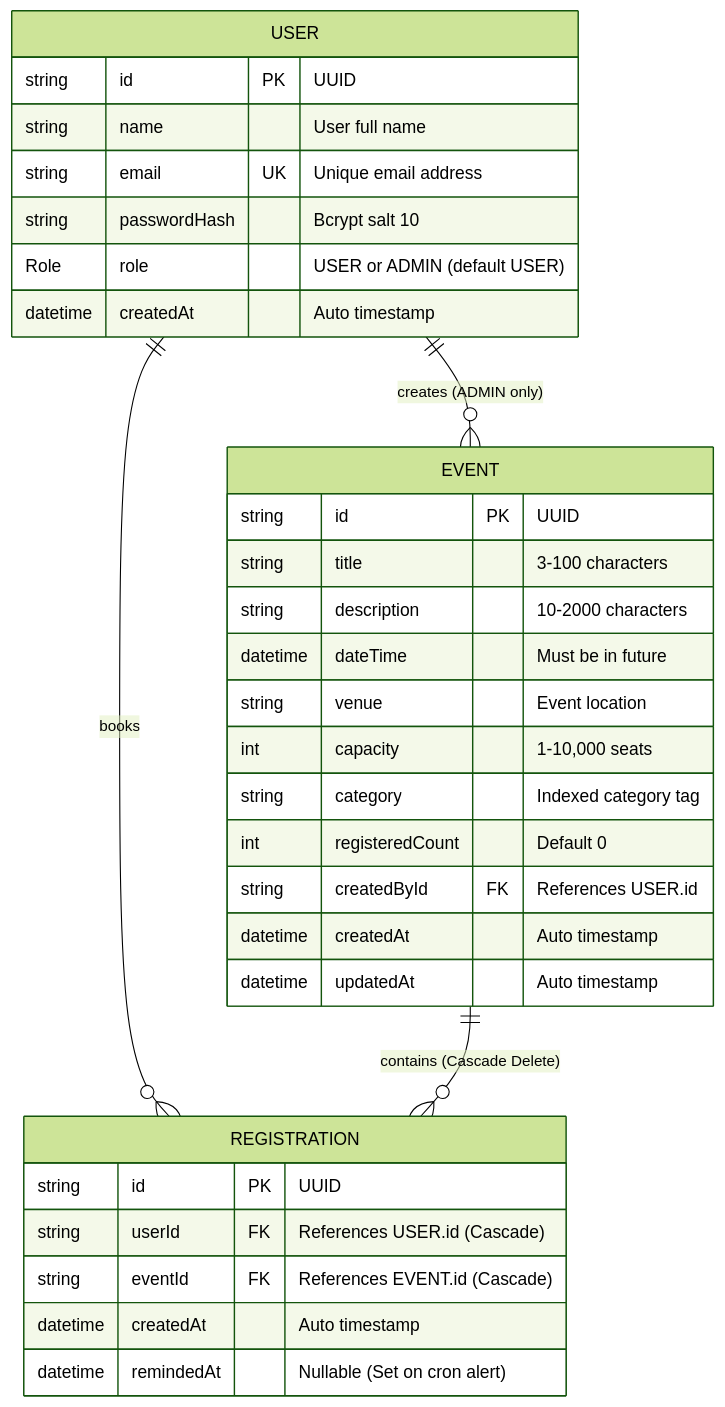
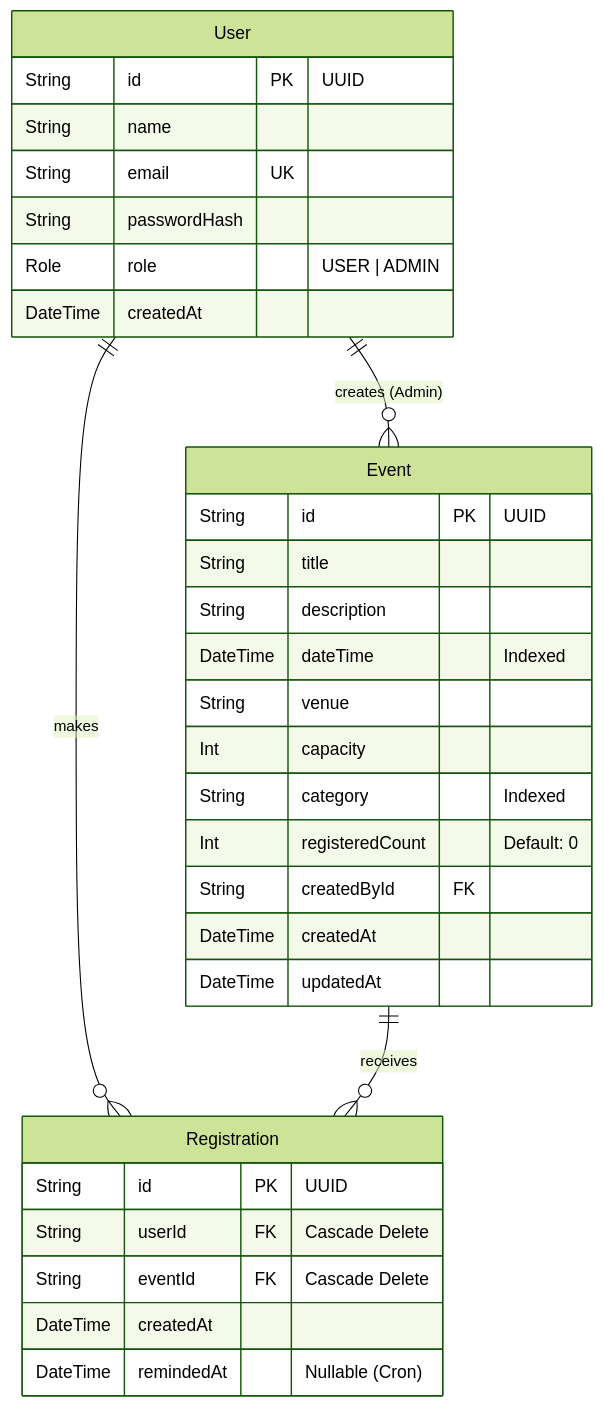
The second of 2 diagrams in README.md (devansh2007-ruikar/GDG), drawn with Mermaid (forest theme) before and after one commit. The commit also changed other lines of this file and 5 other files, not shown here.

````diff
--- a/README.md
+++ b/README.md
@@ -126,37 +277,37 @@
 ```mermaid
 erDiagram
-    USER {
-        string id PK "UUID"
-        string name "User full name"
-        string email UK "Unique email address"
-        string passwordHash "Bcrypt salt 10"
-        Role role "USER or ADMIN (default USER)"
-        datetime createdAt "Auto timestamp"
+    User ||--o{ Event : "creates (Admin)"
+    User ||--o{ Registration : "makes"
+    Event ||--o{ Registration : "receives"
+
+    User {
+        String id PK "UUID"
+        String name
+        String email UK
+        String passwordHash
+        Role role "USER | ADMIN"
+        DateTime createdAt
     }
 
-    EVENT {
-        string id PK "UUID"
-        string title "3-100 characters"
-        string description "10-2000 characters"
-        datetime dateTime "Must be in future"
-        string venue "Event location"
-        int capacity "1-10,000 seats"
-        string category "Indexed category tag"
-        int registeredCount "Default 0"
-        string createdById FK "References USER.id"
-        datetime createdAt "Auto timestamp"
-        datetime updatedAt "Auto timestamp"
+    Event {
+        String id PK "UUID"
+        String title
+        String description
+        DateTime dateTime "Indexed"
+        String venue
+        Int capacity
+        String category "Indexed"
+        Int registeredCount "Default: 0"
+        String createdById FK
+        DateTime createdAt
+        DateTime updatedAt
     }
 
-    REGISTRATION {
-        string id PK "UUID"
-        string userId FK "References USER.id (Cascade)"
-        string eventId FK "References EVENT.id (Cascade)"
-        datetime createdAt "Auto timestamp"
-        datetime remindedAt "Nullable (Set on cron alert)"
+    Registration {
+        String id PK "UUID"
+        String userId FK "Cascade Delete"
+        String eventId FK "Cascade Delete"
+        DateTime createdAt
+        DateTime remindedAt "Nullable (Cron)"
     }
-
-    USER ||--o{ EVENT : "creates (ADMIN only)"
-    USER ||--o{ REGISTRATION : "books"
-    EVENT ||--o{ REGISTRATION : "contains (Cascade Delete)"
 ```
````
